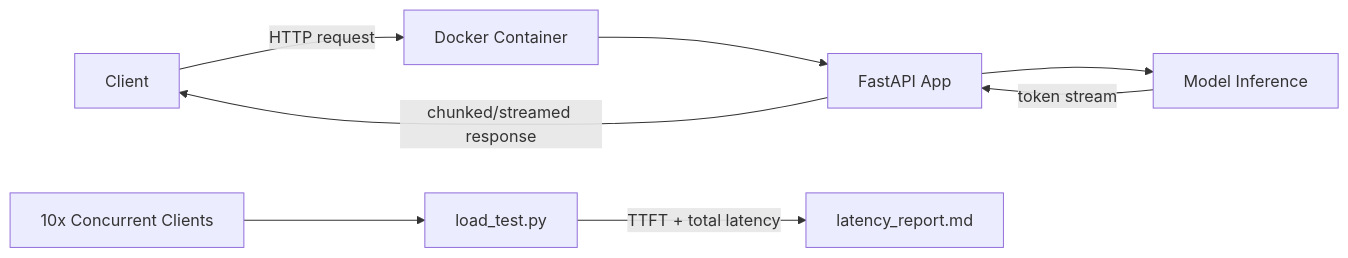
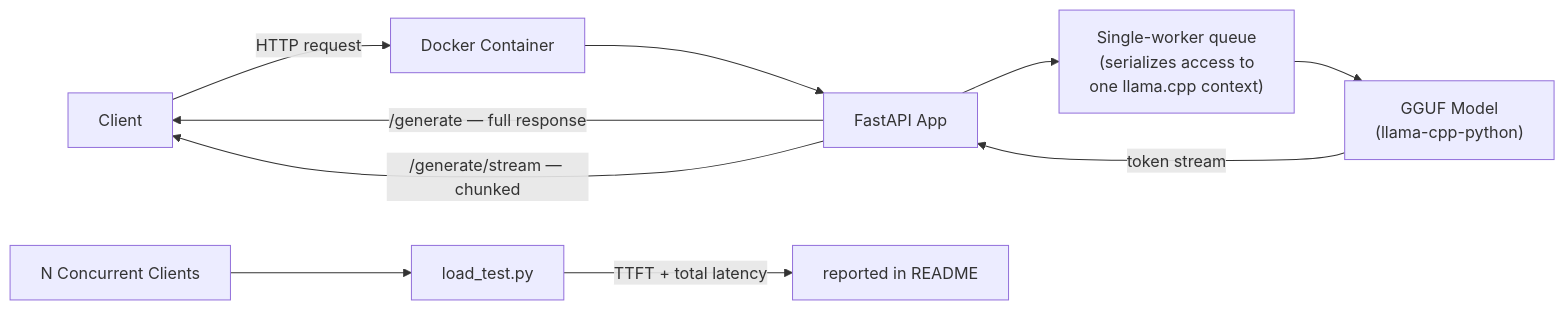
One commit to rananasser760/Electro_PI_Technical_Test changed the third of 3 diagrams in README.md. Above: the diagram before and after it, drawn with Mermaid. The commit also changed other lines of this file, not shown here.

````diff
--- a/README.md
+++ b/README.md
@@ -180,10 +212,12 @@
 ```mermaid
 flowchart LR
-    A[Client] -->|HTTP request| B["Docker Container"]
+    A[Client] -->|HTTP request| B[Docker Container]
     B --> C[FastAPI App]
-    C --> D[Model Inference]
-    D -->|token stream| C
-    C -->|chunked/streamed response| A
-    E[10x Concurrent Clients] --> F[load_test.py]
-    F -->|TTFT + total latency| G[latency_report.md]
+    C --> D["Single-worker queue\n(serializes access to\none llama.cpp context)"]
+    D --> E["GGUF Model\n(llama-cpp-python)"]
+    E -->|token stream| C
+    C -->|/generate — full response| A
+    C -->|/generate/stream — chunked| A
+    F[N Concurrent Clients] --> G[load_test.py]
+    G -->|TTFT + total latency| H[reported in README]
 ```
````
